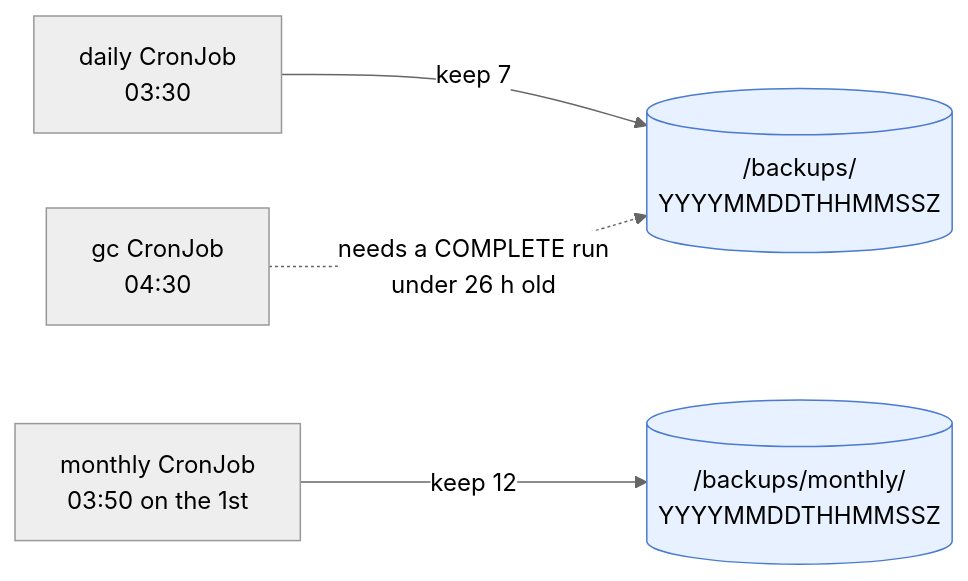
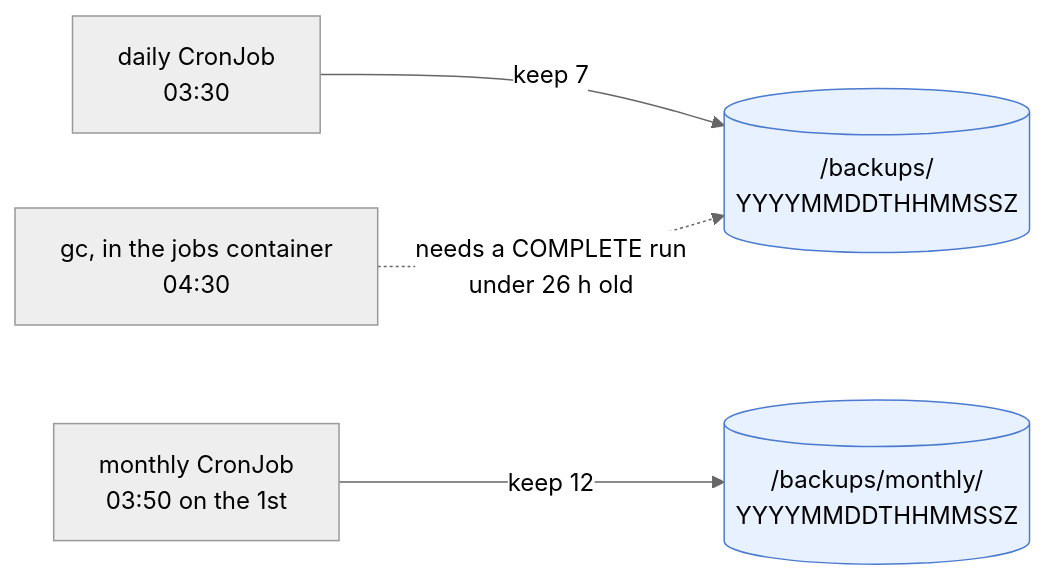
One commit to gilesknap/scrap changed the second of 2 diagrams in docs/how-to/deploy-kubernetes.md. Above: the diagram before and after it, drawn with Mermaid (neutral theme). The commit also changed other lines of this file and 7 other files, not shown here.

````diff
--- a/docs/how-to/deploy-kubernetes.md
+++ b/docs/how-to/deploy-kubernetes.md
@@ -597,7 +674,7 @@
 ```mermaid
 flowchart LR
     d["daily CronJob<br/>03:30"] -->|"keep 7"| r[("/backups/<br/>YYYYMMDDTHHMMSSZ")]:::store
     m["monthly CronJob<br/>03:50 on the 1st"] -->|"keep 12"| mm[("/backups/monthly/<br/>YYYYMMDDTHHMMSSZ")]:::store
-    g["gc CronJob<br/>04:30"] -.->|"needs a COMPLETE run<br/>under 26 h old"| r
+    g["gc, in the jobs container<br/>04:30"] -.->|"needs a COMPLETE run<br/>under 26 h old"| r
     classDef store fill:#e8f1ff,stroke:#4a7bd0
 ```
````
